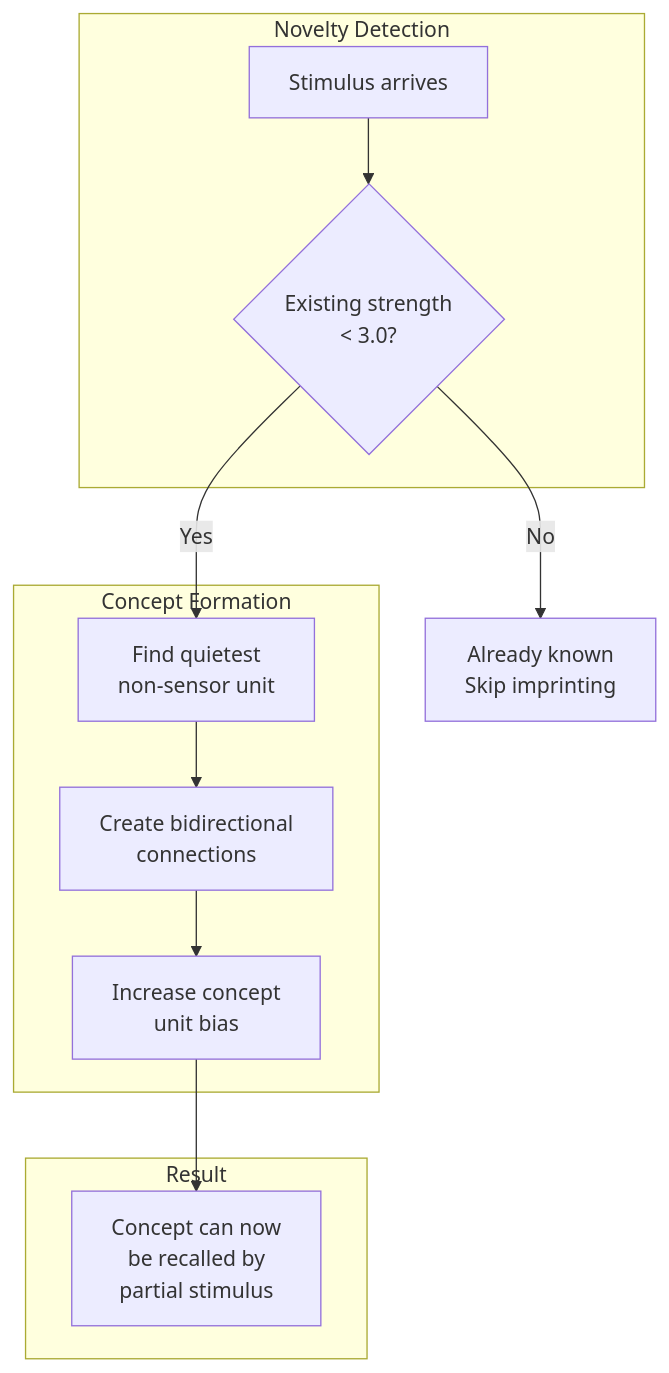
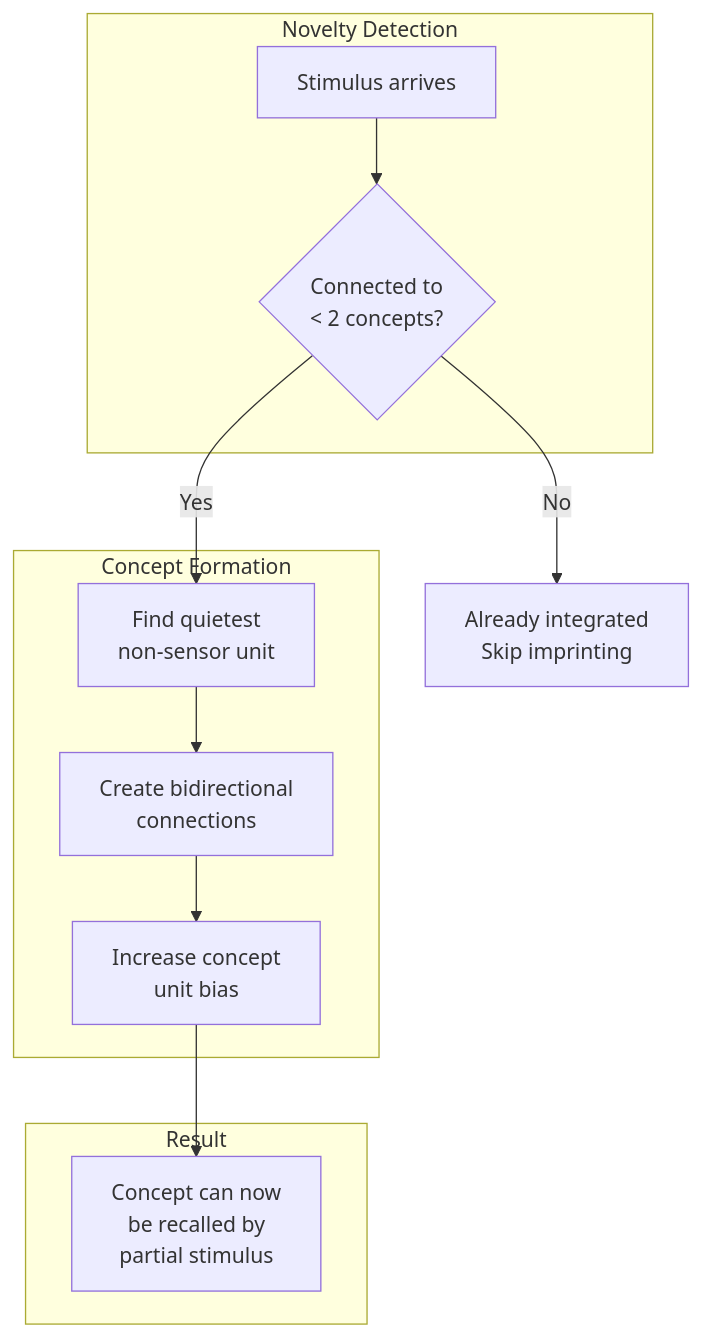
One commit to maplumi/braine changed the fifth of 31 diagrams in doc/learning/accelerated-learning.md. Above: the diagram before and after it, drawn with Mermaid. The commit also changed 2 other files, not shown here.

Commit message:
Update documentation for recent fixes
- Causal strength: document Laplace smoothing and transition-only edges
- Imprinting: update novelty detection from strength sum to concept connectivity
- Node-edge analysis: clarify transition vs co-occurrence edge separation
- Accelerated learning: update flowchart for new imprinting logic

````diff
--- a/doc/learning/accelerated-learning.md
+++ b/doc/learning/accelerated-learning.md
@@ -172,26 +172,26 @@
 ```mermaid
 flowchart TD
     subgraph Detection["Novelty Detection"]
         S[Stimulus arrives]
-        C1{Existing strength<br/>< 3.0?}
+        C1{Connected to<br/>< 2 concepts?}
     end
     
     S --> C1
-    C1 -->|No| Skip[Already known<br/>Skip imprinting]
+    C1 -->|No| Skip[Already integrated<br/>Skip imprinting]
     C1 -->|Yes| Find
     
     subgraph Formation["Concept Formation"]
         Find[Find quietest<br/>non-sensor unit]
         Connect[Create bidirectional<br/>connections]
         Excite[Increase concept<br/>unit bias]
     end
     
     Find --> Connect
     Connect --> Excite
     
     subgraph Result["Result"]
         Recall[Concept can now<br/>be recalled by<br/>partial stimulus]
     end
     
     Excite --> Recall
 ```
````
